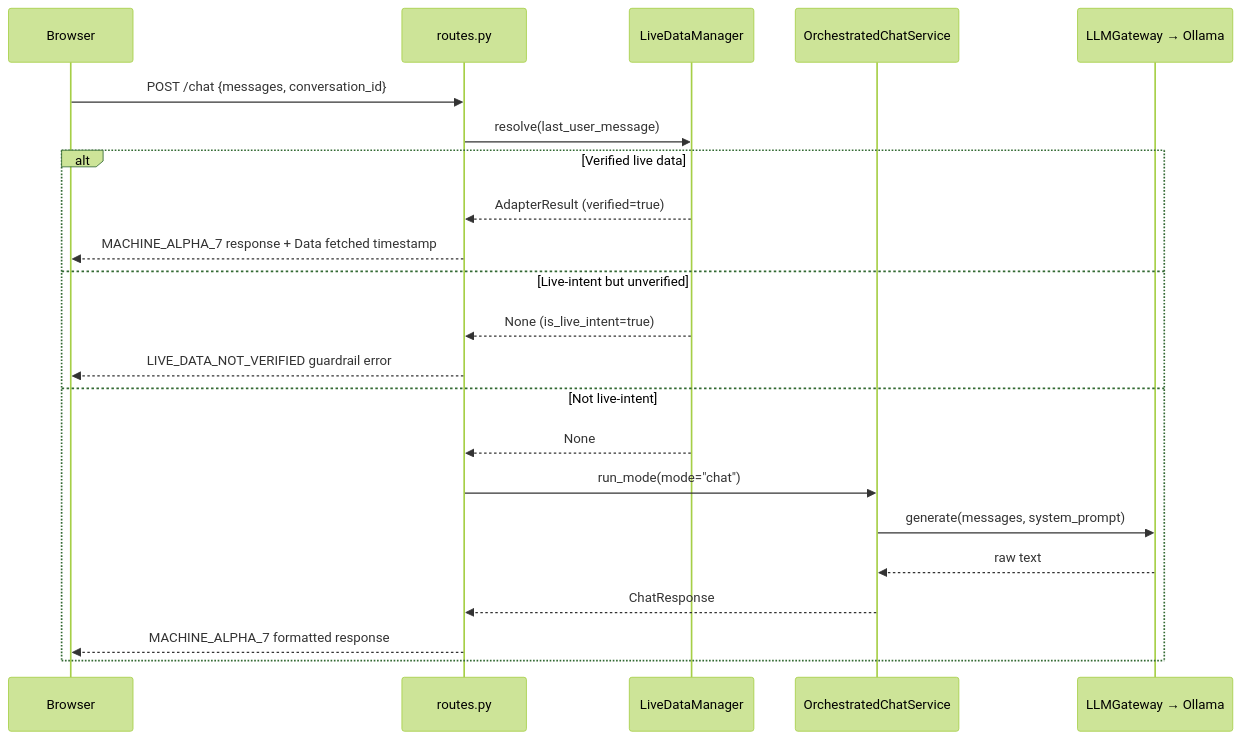
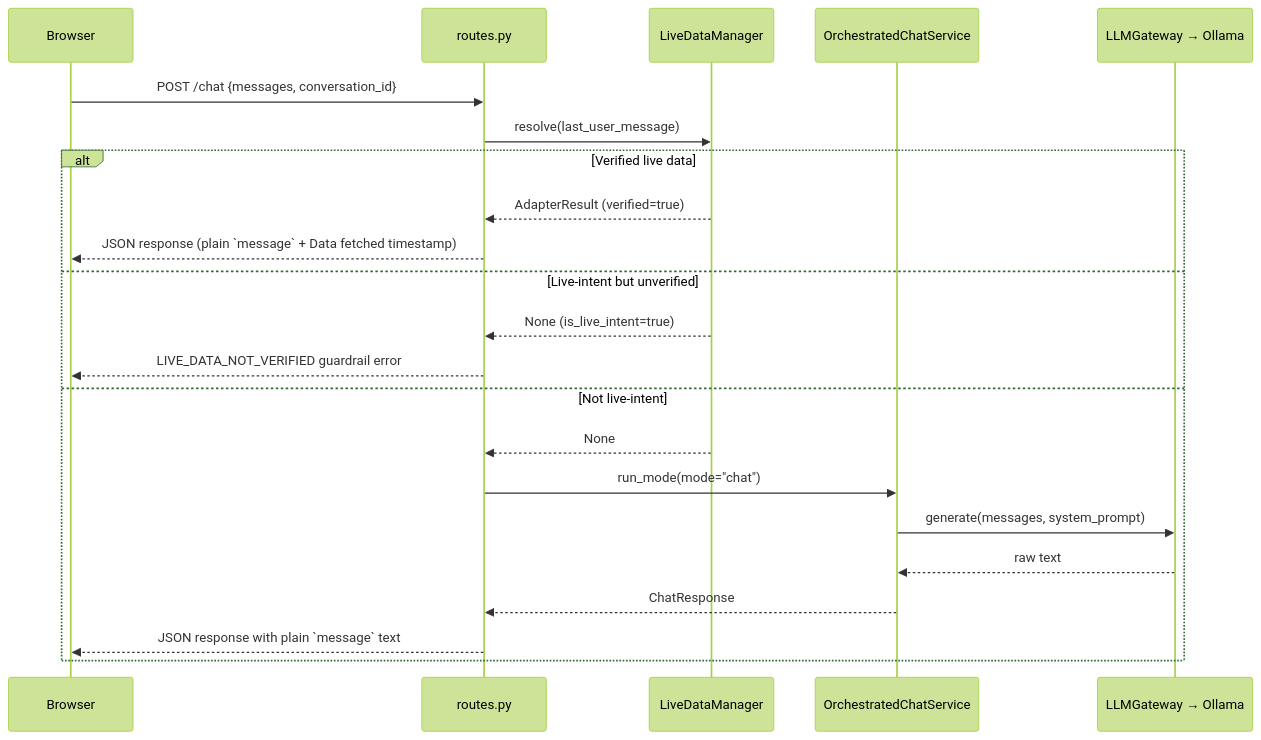
Before and after one commit to sreeram843/personal-ai: the third of 12 diagrams in docs/architecture.md, drawn with Mermaid (forest theme). The commit also changed other lines of this file and 3765 other files, not shown here.

````diff
--- a/docs/architecture.md
+++ b/docs/architecture.md
@@ -127,25 +127,25 @@
 ```mermaid
 sequenceDiagram
     participant Browser
     participant Routes as routes.py
     participant LD as LiveDataManager
     participant Orch as OrchestratedChatService
     participant LLM as LLMGateway → Ollama
 
     Browser->>Routes: POST /chat {messages, conversation_id}
     Routes->>LD: resolve(last_user_message)
     alt Verified live data
         LD-->>Routes: AdapterResult (verified=true)
-        Routes-->>Browser: MACHINE_ALPHA_7 response + Data fetched timestamp
+        Routes-->>Browser: JSON response (plain `message` + Data fetched timestamp)
     else Live-intent but unverified
         LD-->>Routes: None (is_live_intent=true)
         Routes-->>Browser: LIVE_DATA_NOT_VERIFIED guardrail error
     else Not live-intent
         LD-->>Routes: None
         Routes->>Orch: run_mode(mode="chat")
         Orch->>LLM: generate(messages, system_prompt)
         LLM-->>Orch: raw text
         Orch-->>Routes: ChatResponse
-        Routes-->>Browser: MACHINE_ALPHA_7 formatted response
+        Routes-->>Browser: JSON response with plain `message` text
     end
 ```
````
